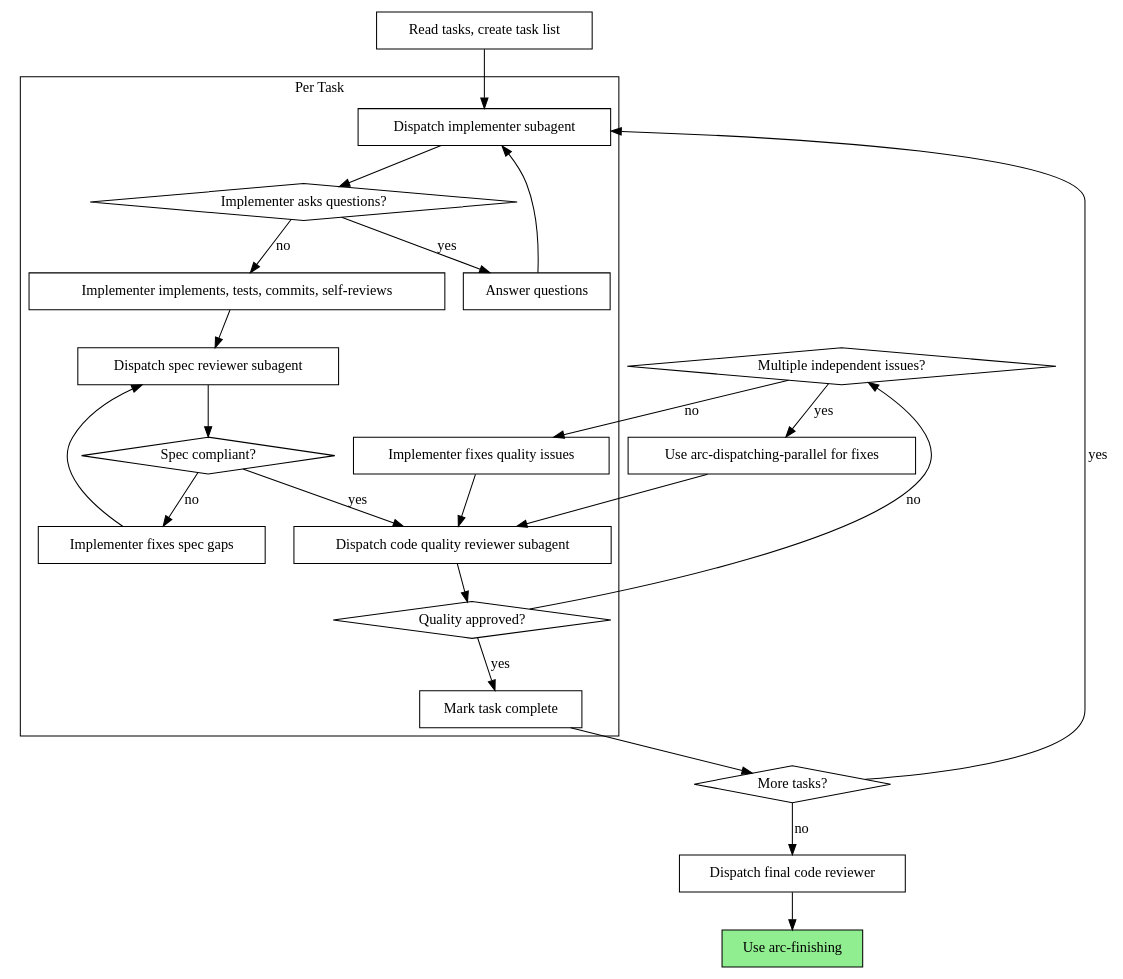
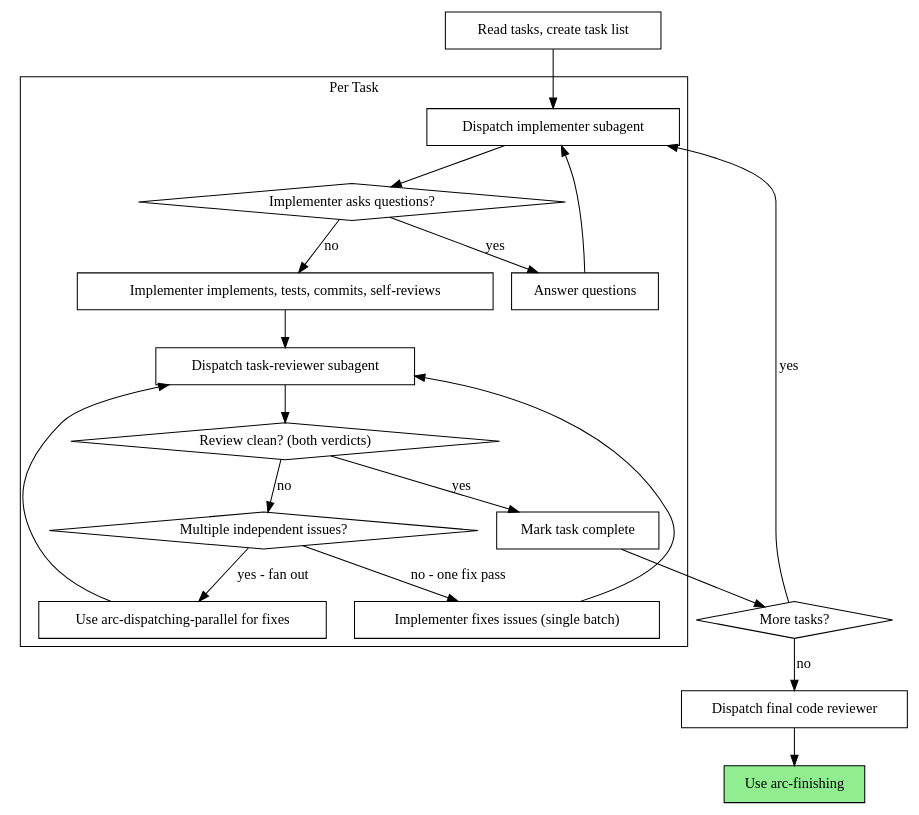
The second of 2 diagrams in skills/arc-agent-driven/SKILL.md (GregoryHo/arcforge), drawn with Graphviz before and after one commit. The commit also changed other lines of this file and 14 other files, not shown here.

````diff
--- a/skills/arc-agent-driven/SKILL.md
+++ b/skills/arc-agent-driven/SKILL.md
@@ -40,49 +40,42 @@
 ```dot
 digraph process {
     rankdir=TB;
 
     subgraph cluster_per_task {
         label="Per Task";
         "Dispatch implementer subagent" [shape=box];
         "Implementer asks questions?" [shape=diamond];
         "Answer questions" [shape=box];
         "Implementer implements, tests, commits, self-reviews" [shape=box];
-        "Dispatch spec reviewer subagent" [shape=box];
-        "Spec compliant?" [shape=diamond];
-        "Implementer fixes spec gaps" [shape=box];
-        "Dispatch code quality reviewer subagent" [shape=box];
-        "Quality approved?" [shape=diamond];
-        "Implementer fixes quality issues" [shape=box];
+        "Dispatch task-reviewer subagent" [shape=box];
+        "Review clean? (both verdicts)" [shape=diamond];
+        "Multiple independent issues?" [shape=diamond];
+        "Use arc-dispatching-parallel for fixes" [shape=box];
+        "Implementer fixes issues (single batch)" [shape=box];
         "Mark task complete" [shape=box];
     }
 
     "Read tasks, create task list" [shape=box];
     "More tasks?" [shape=diamond];
-    "Multiple independent issues?" [shape=diamond];
-    "Use arc-dispatching-parallel for fixes" [shape=box];
     "Dispatch final code reviewer" [shape=box];
     "Use arc-finishing" [shape=box style=filled fillcolor=lightgreen];
 
     "Read tasks, create task list" -> "Dispatch implementer subagent";
     "Dispatch implementer subagent" -> "Implementer asks questions?";
     "Implementer asks questions?" -> "Answer questions" [label="yes"];
     "Answer questions" -> "Dispatch implementer subagent";
     "Implementer asks questions?" -> "Implementer implements, tests, commits, self-reviews" [label="no"];
-    "Implementer implements, tests, commits, self-reviews" -> "Dispatch spec reviewer subagent";
-    "Dispatch spec reviewer subagent" -> "Spec compliant?";
-    "Spec compliant?" -> "Implementer fixes spec gaps" [label="no"];
-    "Implementer fixes spec gaps" -> "Dispatch spec reviewer subagent";
-    "Spec compliant?" -> "Dispatch code quality reviewer subagent" [label="yes"];
-    "Dispatch code quality reviewer subagent" -> "Quality approved?";
-    "Quality approved?" -> "Multiple independent issues?" [label="no"];
-    "Multiple independent issues?" -> "Use arc-dispatching-parallel for fixes" [label="yes"];
-    "Multiple independent issues?" -> "Implementer fixes quality issues" [label="no"];
-    "Use arc-dispatching-parallel for fixes" -> "Dispatch code quality reviewer subagent";
-    "Implementer fixes quality issues" -> "Dispatch code quality reviewer subagent";
-    "Quality approved?" -> "Mark task complete" [label="yes"];
+    "Implementer implements, tests, commits, self-reviews" -> "Dispatch task-reviewer subagent";
+    "Dispatch task-reviewer subagent" -> "Review clean? (both verdicts)";
+    "Review clean? (both verdicts)" -> "Multiple independent issues?" [label="no"];
+    "Multiple independent issues?" -> "Use arc-dispatching-parallel for fixes" [label="yes - fan out"];
+    "Multiple independent issues?" -> "Implementer fixes issues (single batch)" [label="no - one fix pass"];
+    "Use arc-dispatching-parallel for fixes" -> "Dispatch task-reviewer subagent";
+    "Implementer fixes issues (single batch)" -> "Dispatch task-reviewer subagent";
+    "Review clean? (both verdicts)" -> "Mark task complete" [label="yes"];
     "Mark task complete" -> "More tasks?";
     "More tasks?" -> "Dispatch implementer subagent" [label="yes"];
     "More tasks?" -> "Dispatch final code reviewer" [label="no"];
     "Dispatch final code reviewer" -> "Use arc-finishing";
 }
 ```
````
